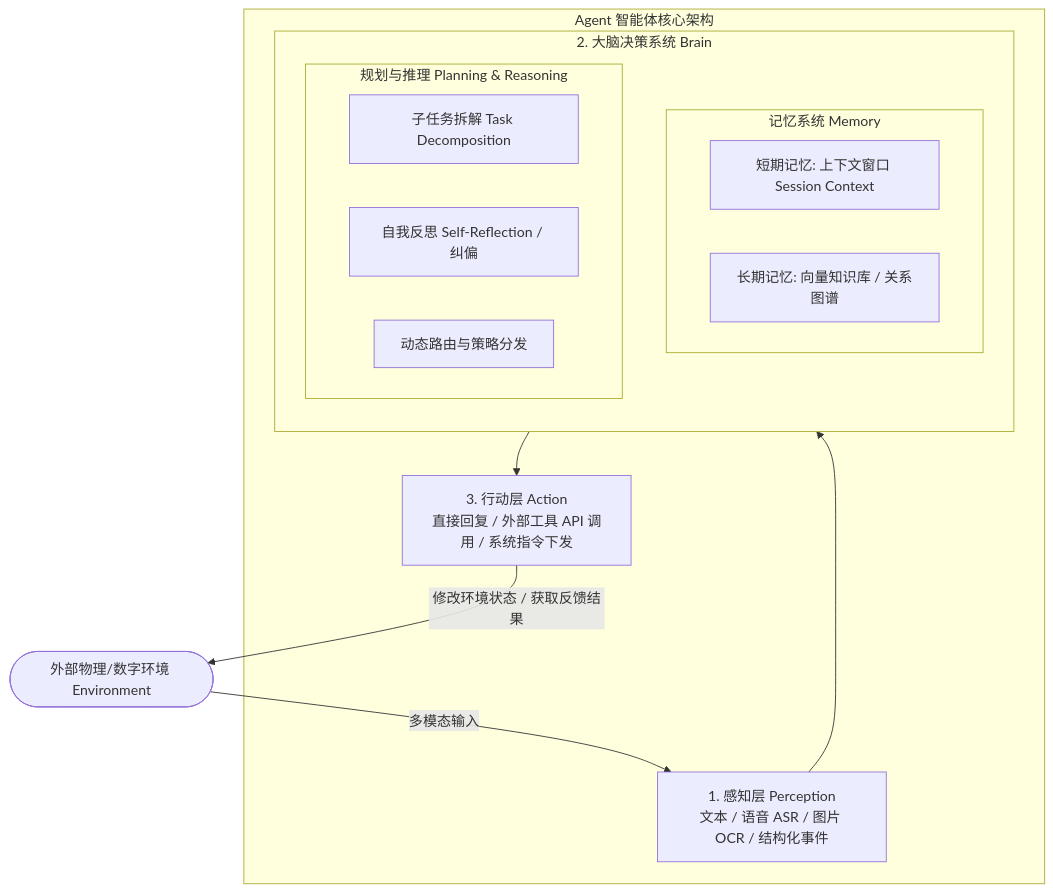
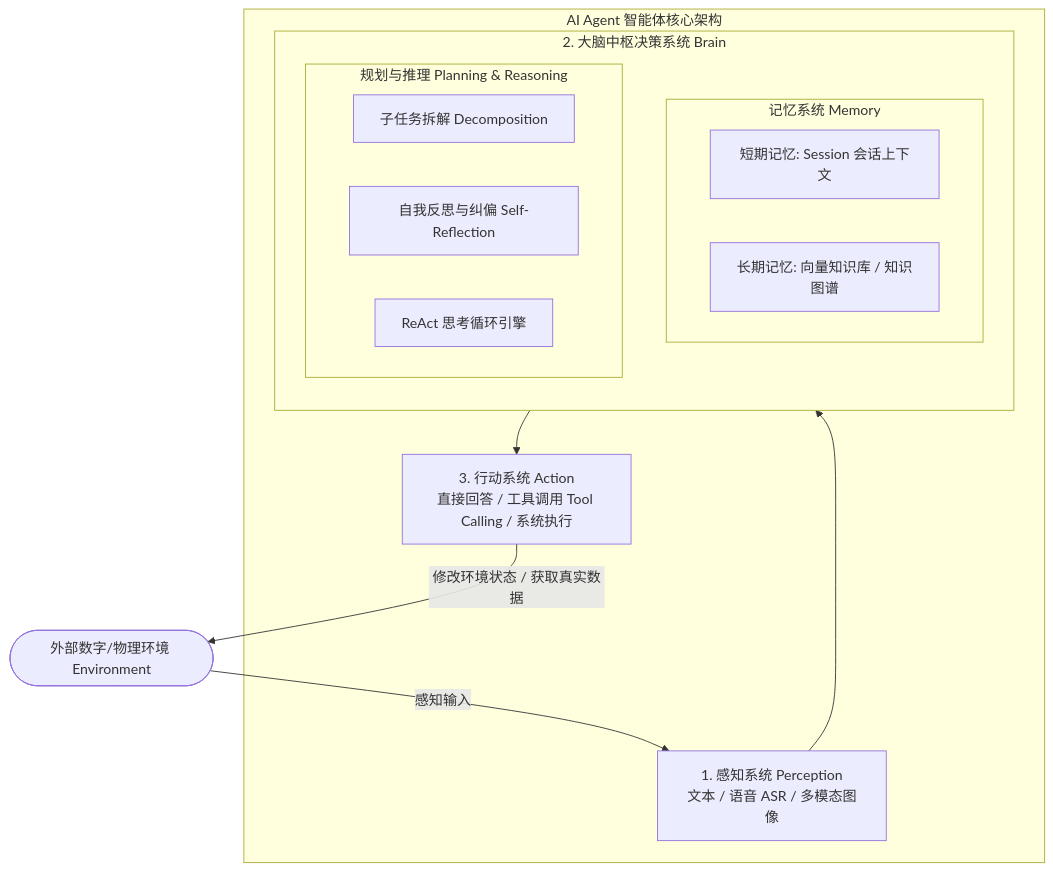
The first of 2 diagrams in 网盘交付资料包/04_VitePress知识库源码(支持自建网站)/docs/guide/03-core-theory.md (zackzhangkai/ai-agent-tutorial), drawn with Mermaid before and after one commit. The commit also changed other lines of this file and 82 other files, not shown here.

````diff
--- a/网盘交付资料包/04_VitePress知识库源码(支持自建网站)/docs/guide/03-core-theory.md
+++ b/网盘交付资料包/04_VitePress知识库源码(支持自建网站)/docs/guide/03-core-theory.md
@@ -11,29 +12,29 @@
 ```mermaid
 flowchart TD
-    Env([外部物理/数字环境 Environment])
+    Env([外部数字/物理环境 Environment])
     
-    subgraph AgentSystem[Agent 智能体核心架构]
-        P[1. 感知层 Perception\n文本 / 语音 ASR / 图片 OCR / 结构化事件]
+    subgraph AgentCore[AI Agent 智能体核心架构]
+        P[1. 感知系统 Perception\n文本 / 语音 ASR / 多模态图像]
         
-        subgraph Brain[2. 大脑决策系统 Brain]
+        subgraph Brain[2. 大脑中枢决策系统 Brain]
             direction TB
             subgraph Memory[记忆系统 Memory]
-                STM[短期记忆: 上下文窗口 Session Context]
-                LTM[长期记忆: 向量知识库 / 关系图谱]
+                STM[短期记忆: Session 会话上下文]
+                LTM[长期记忆: 向量知识库 / 知识图谱]
             end
             
-            subgraph Decision[规划与推理 Planning & Reasoning]
-                Decomp[子任务拆解 Task Decomposition]
-                Reflect[自我反思 Self-Reflection / 纠偏]
-                Route[动态路由与策略分发]
+            subgraph Planning[规划与推理 Planning & Reasoning]
+                Decomp[子任务拆解 Decomposition]
+                Reflect[自我反思与纠偏 Self-Reflection]
+                Loop[ReAct 思考循环引擎]
             end
         end
         
-        A[3. 行动层 Action\n直接回复 / 外部工具 API 调用 / 系统指令下发]
+        A[3. 行动系统 Action\n直接回答 / 工具调用 Tool Calling / 系统执行]
     end
     
-    Env -->|多模态输入| P
+    Env -->|感知输入| P
     P --> Brain
     Brain --> A
-    A -->|修改环境状态 / 获取反馈结果| Env
+    A -->|修改环境状态 / 获取真实数据| Env
 ```
````
